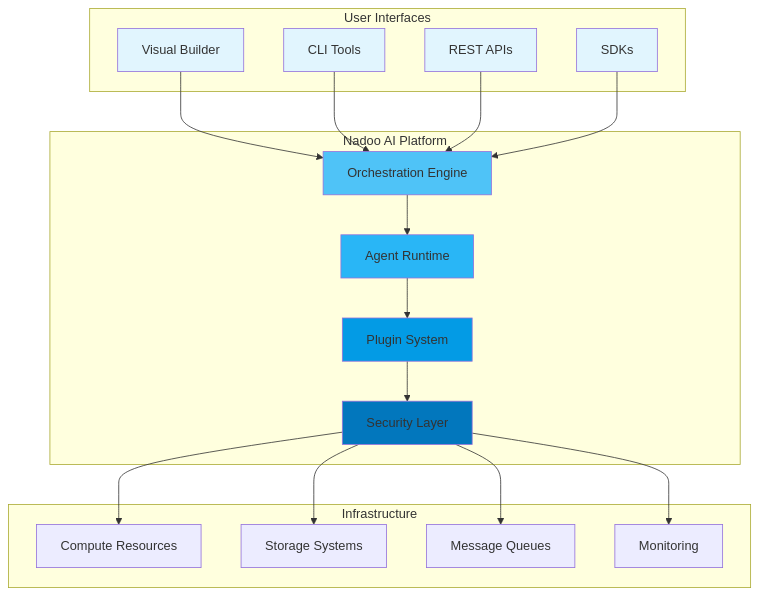
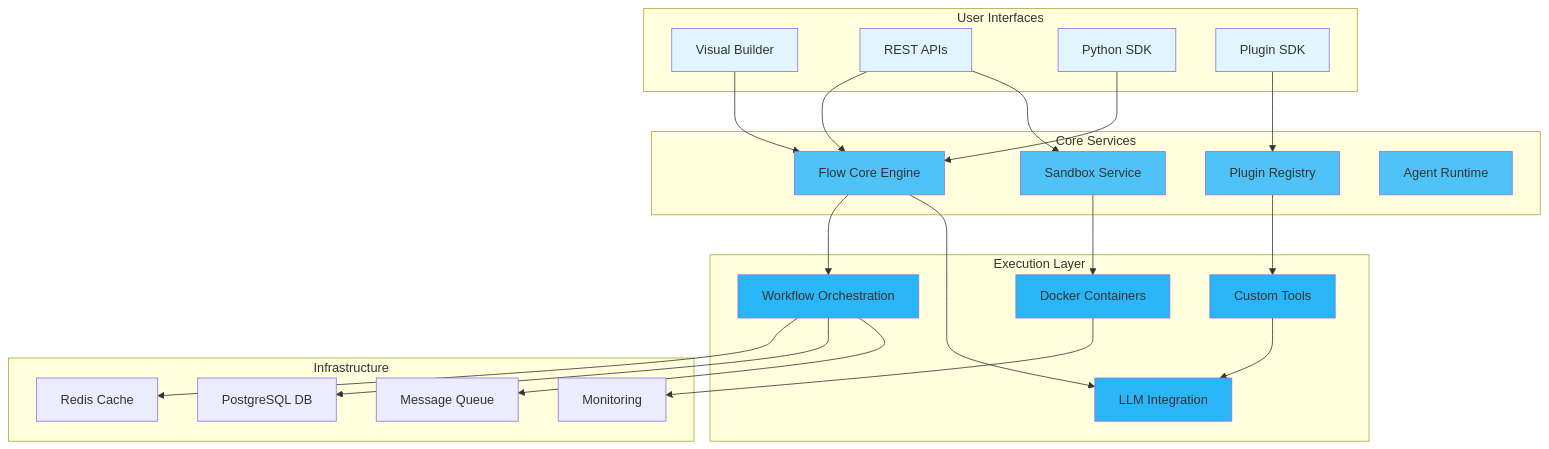
Before and after one commit to nadoo-ai/docs: the diagram in introduction.mdx, drawn with Mermaid. The commit also changed other lines of this file and 25 other files, not shown here.

First line of the commit message:
feat: add comprehensive API documentation for Plugin SDK and Sandbox services

````diff
--- a/introduction.mdx
+++ b/introduction.mdx
@@ -218,46 +303,60 @@
 ```mermaid
 graph TB
     subgraph "User Interfaces"
         A[Visual Builder]
-        B[CLI Tools]
-        C[REST APIs]
-        D[SDKs]
+        B[REST APIs]
+        C[Python SDK]
+        D[Plugin SDK]
     end
 
-    subgraph "Nadoo AI Platform"
-        E[Orchestration Engine]
-        F[Agent Runtime]
-        G[Plugin System]
-        H[Security Layer]
+    subgraph "Core Services"
+        E[Flow Core Engine]
+        F[Sandbox Service]
+        G[Plugin Registry]
+        H[Agent Runtime]
+    end
+
+    subgraph "Execution Layer"
+        I[Workflow Orchestration]
+        J[Docker Containers]
+        K[Custom Tools]
+        L[LLM Integration]
     end
 
     subgraph "Infrastructure"
-        I[Compute Resources]
-        J[Storage Systems]
-        K[Message Queues]
-        L[Monitoring]
+        M[Redis Cache]
+        N[PostgreSQL DB]
+        O[Message Queue]
+        P[Monitoring]
     end
 
     A --> E
     B --> E
+    B --> F
     C --> E
-    D --> E
+    D --> G
 
-    E --> F
-    F --> G
-    G --> H
+    E --> I
+    F --> J
+    G --> K
+    E --> L
 
-    H --> I
-    H --> J
-    H --> K
-    H --> L
+    I --> M
+    I --> N
+    I --> O
+    J --> P
+    K --> L
 
     style A fill:#e1f5fe
     style B fill:#e1f5fe
     style C fill:#e1f5fe
     style D fill:#e1f5fe
     style E fill:#4fc3f7
-    style F fill:#29b6f6
-    style G fill:#039be5
-    style H fill:#0277bd
+    style F fill:#4fc3f7
+    style G fill:#4fc3f7
+    style H fill:#4fc3f7
+    style I fill:#29b6f6
+    style J fill:#29b6f6
+    style K fill:#29b6f6
+    style L fill:#29b6f6
 ```
````
